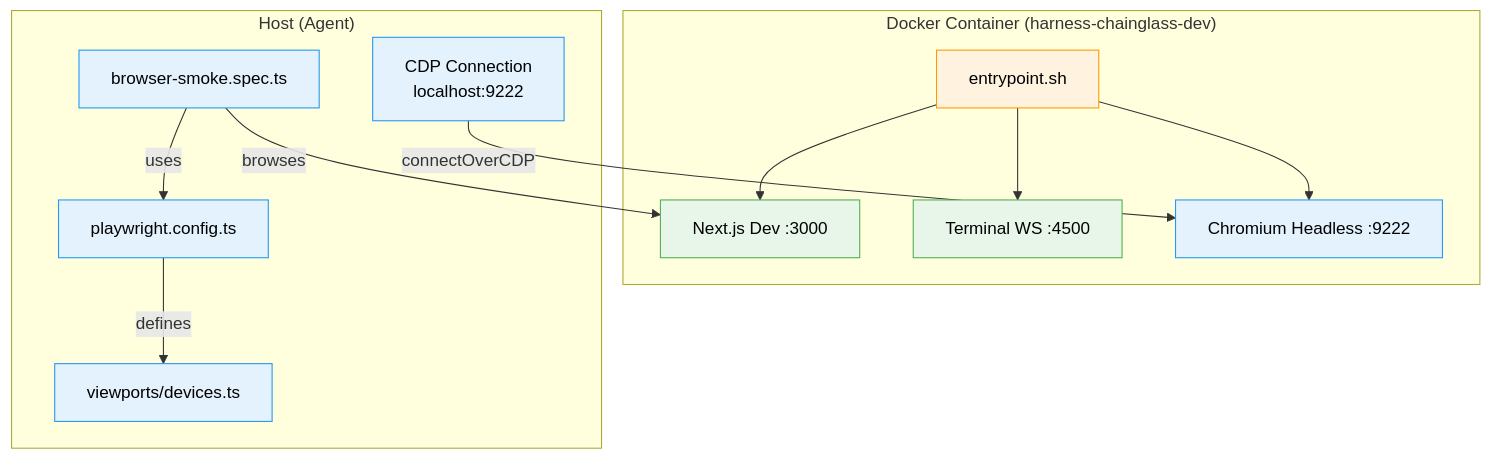
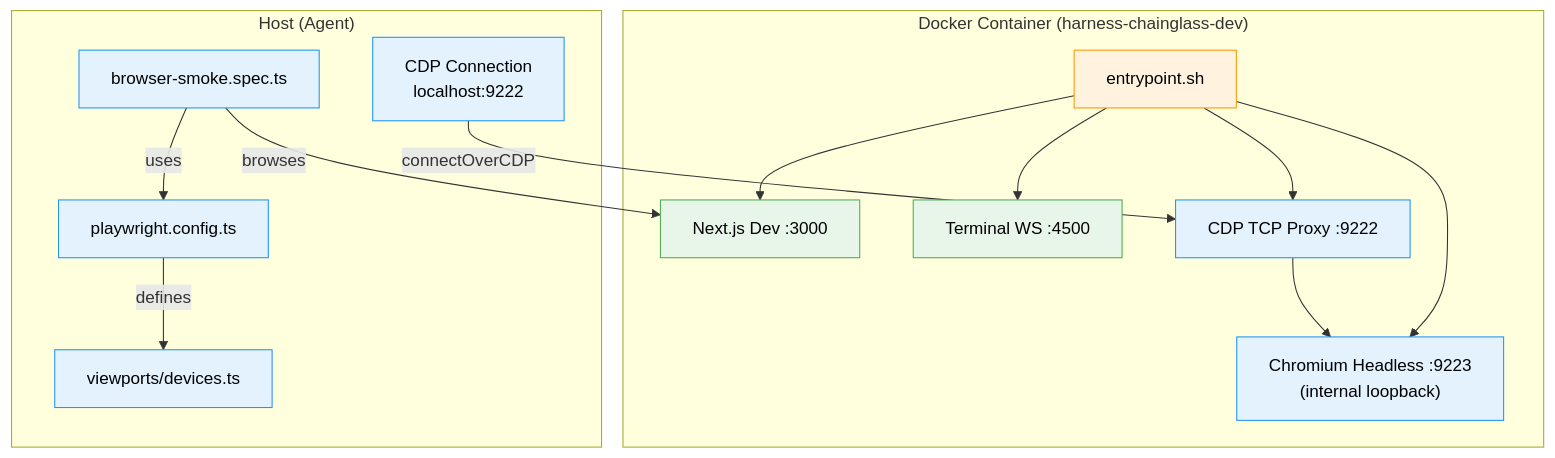
One commit to AI-Substrate/chainglass changed the first of 2 diagrams in docs/plans/067-harness/tasks/phase-2-playwright-cdp-integration/tasks.md. Above: the diagram before and after it, drawn with Mermaid. The commit also changed other lines of this file and 36 other files, not shown here.

````diff
--- a/docs/plans/067-harness/tasks/phase-2-playwright-cdp-integration/tasks.md
+++ b/docs/plans/067-harness/tasks/phase-2-playwright-cdp-integration/tasks.md
@@ -79,28 +79,31 @@
 ```mermaid
 flowchart TD
     classDef existing fill:#E8F5E9,stroke:#4CAF50,color:#000
     classDef new fill:#E3F2FD,stroke:#2196F3,color:#000
     classDef modified fill:#FFF3E0,stroke:#FF9800,color:#000
 
     subgraph Container["Docker Container (harness-chainglass-dev)"]
         NextJS["Next.js Dev :3000"]:::existing
         Terminal["Terminal WS :4500"]:::existing
-        Chromium["Chromium Headless :9222"]:::new
+        Chromium["Chromium Headless :9223<br/>(internal loopback)"]:::new
+        Proxy["CDP TCP Proxy :9222"]:::new
         Entry["entrypoint.sh"]:::modified
         Entry --> NextJS
         Entry --> Terminal
         Entry --> Chromium
+        Entry --> Proxy
+        Proxy --> Chromium
     end
 
     subgraph Host["Host (Agent)"]
         CDP["CDP Connection<br/>localhost:9222"]:::new
         PW["playwright.config.ts"]:::new
         VP["viewports/devices.ts"]:::new
         Smoke["browser-smoke.spec.ts"]:::new
     end
 
-    CDP -->|"connectOverCDP"| Chromium
+    CDP -->|"connectOverCDP"| Proxy
     Smoke -->|"uses"| PW
     PW -->|"defines"| VP
     Smoke -->|"browses"| NextJS
 ```
````
